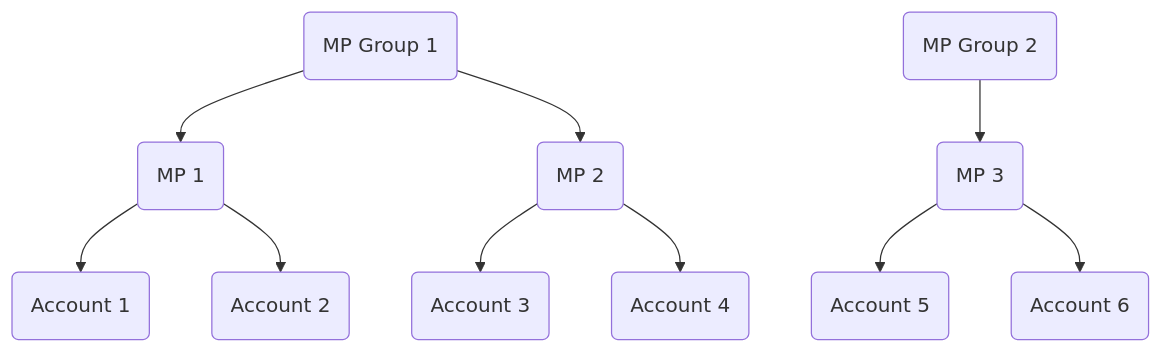
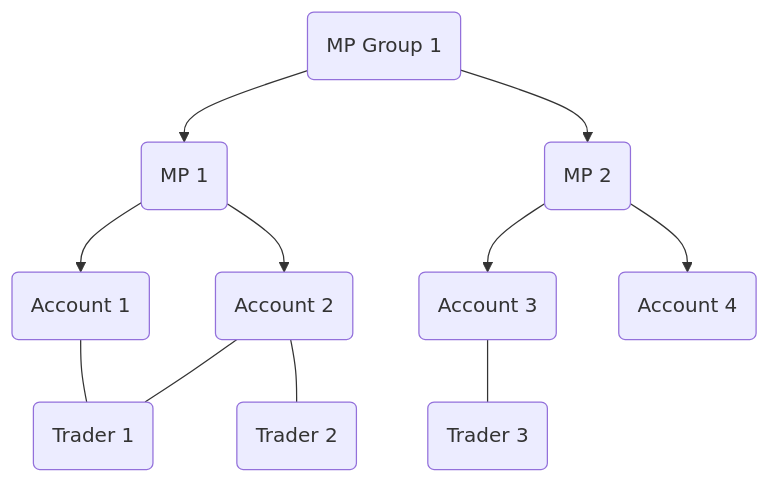
Before and after one commit to exberry-io/exchange-api-docs: the diagram in ws/authentication-api.md, drawn with Mermaid. The commit also changed 3 other files, not shown here.

````diff
--- a/ws/authentication-api.md
+++ b/ws/authentication-api.md
@@ -47,15 +47,17 @@
 ```mermaid
 graph TD
  A(MP Group 1) -->B(MP 1)
-   A -->C(MP 2)
+   A --> C(MP 2)
     B -->D(Account 1)
     B -->E(Account 2)
     C -->F(Account 3)
     C -->H(Account 4)
- X(MP Group 2) -->G(MP 3)
 
+    D --- Q(Trader 1)
+    E --- Q(Trader 1)
+    E --- R(Trader 2)
+    F --- r(Trader 3)
 
-    G(MP 3) -->N(Account 5)
-    G(MP 3) -->P(Account 6)
+ 
 
 ```
````
